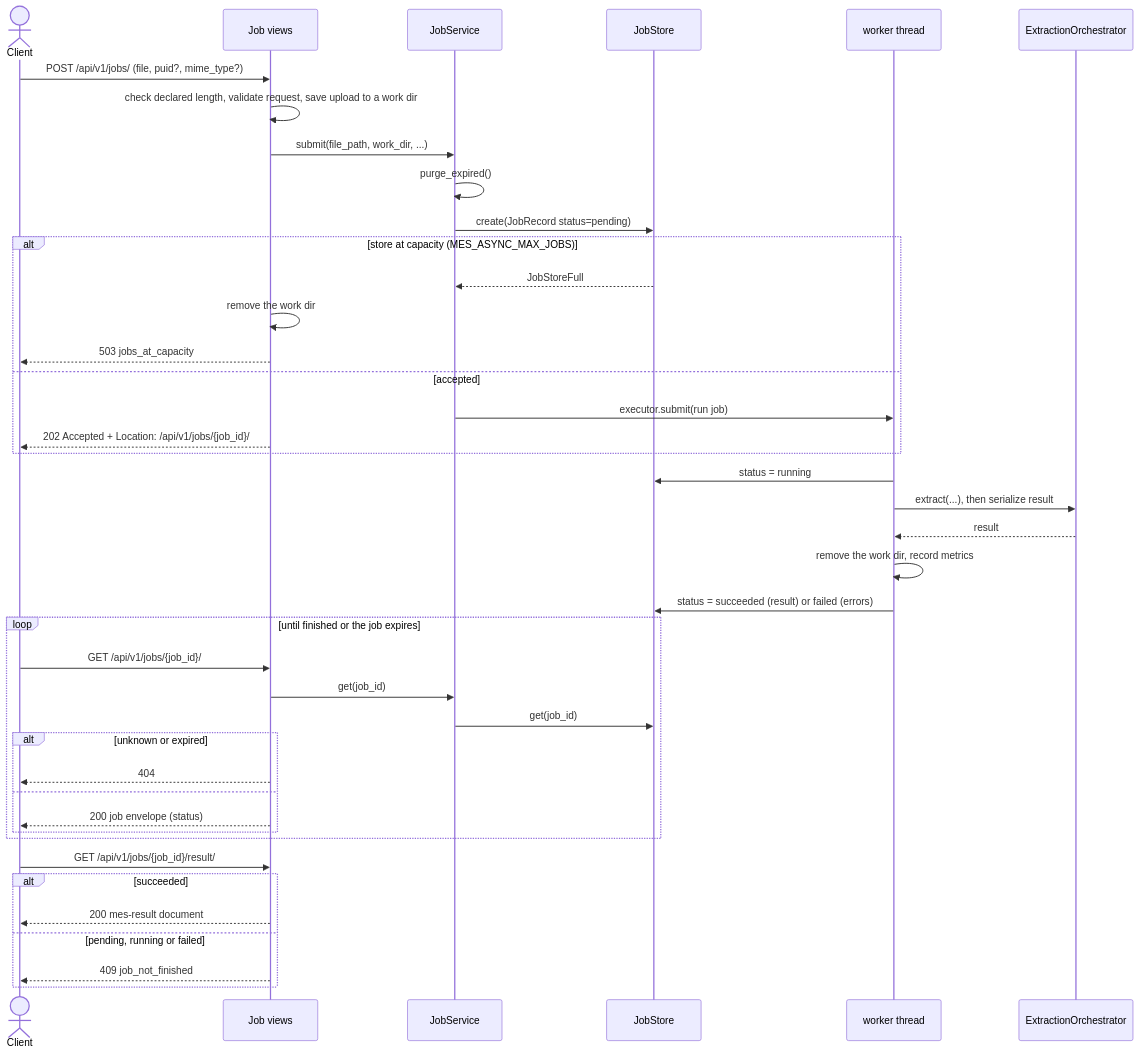
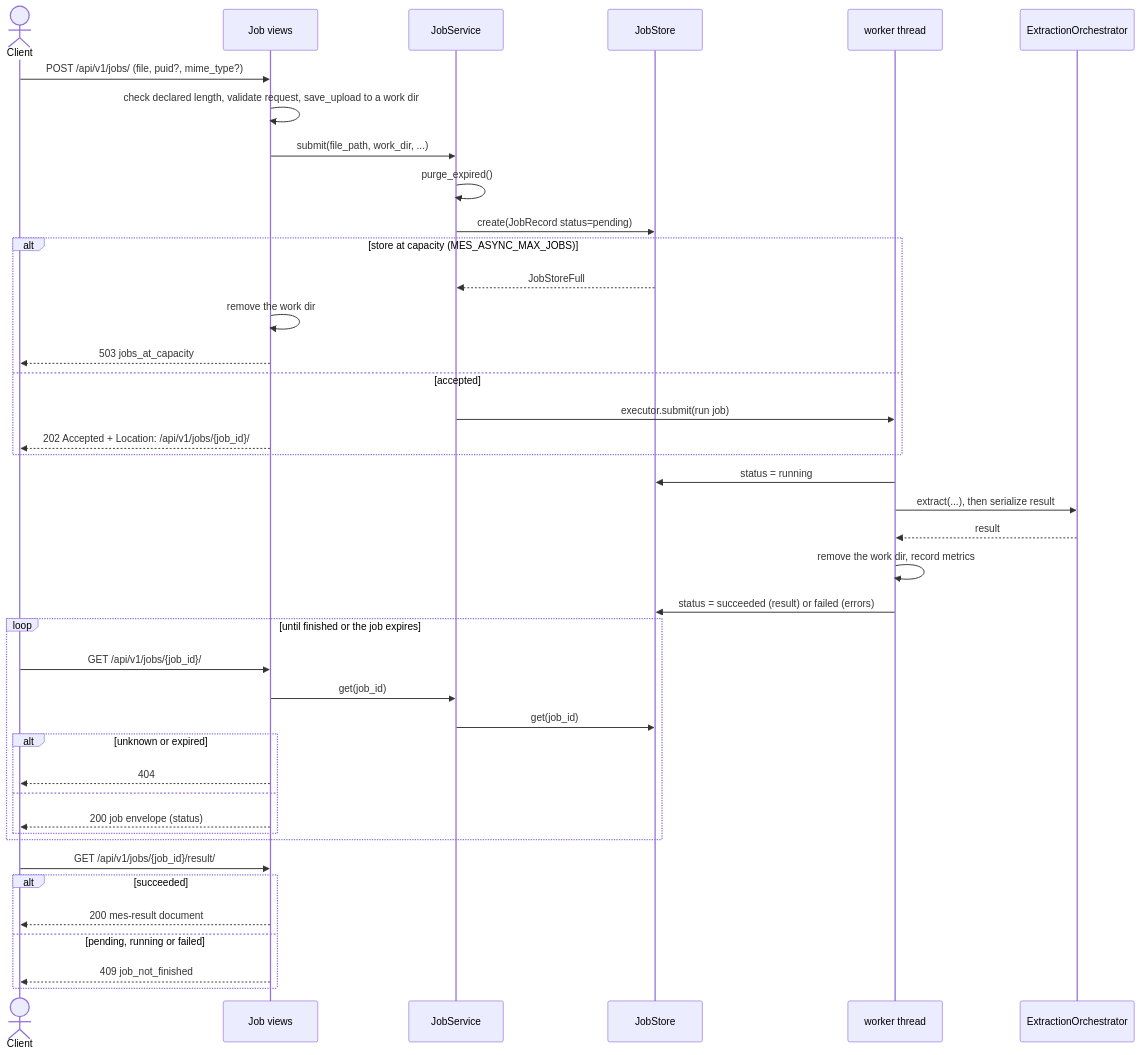
One commit to EOSC-EDEN/metadata-extraction-service changed the fourth of 6 diagrams in docs/diagrams.md. Above: the diagram before and after it, drawn with Mermaid. The commit also changed other lines of this file, not shown here.

Commit message:
Update uml diagrams with batch and async support

````diff
--- a/docs/diagrams.md
+++ b/docs/diagrams.md
@@ -175,47 +177,47 @@
 ```mermaid
 sequenceDiagram
     actor Client
     participant API as Job views
     participant Jobs as JobService
     participant Store as JobStore
     participant Worker as worker thread
     participant Orch as ExtractionOrchestrator
 
     Client->>API: POST /api/v1/jobs/ (file, puid?, mime_type?)
-    API->>API: check declared length, validate request, save upload to a work dir
+    API->>API: check declared length, validate request, save_upload to a work dir
     API->>Jobs: submit(file_path, work_dir, ...)
     Jobs->>Jobs: purge_expired()
     Jobs->>Store: create(JobRecord status=pending)
     alt store at capacity (MES_ASYNC_MAX_JOBS)
         Store-->>Jobs: JobStoreFull
         API->>API: remove the work dir
         API-->>Client: 503 jobs_at_capacity
     else accepted
         Jobs->>Worker: executor.submit(run job)
         API-->>Client: 202 Accepted + Location: /api/v1/jobs/{job_id}/
     end
 
     Worker->>Store: status = running
     Worker->>Orch: extract(...), then serialize result
     Orch-->>Worker: result
     Worker->>Worker: remove the work dir, record metrics
     Worker->>Store: status = succeeded (result) or failed (errors)
 
     loop until finished or the job expires
         Client->>API: GET /api/v1/jobs/{job_id}/
         API->>Jobs: get(job_id)
         Jobs->>Store: get(job_id)
         alt unknown or expired
             API-->>Client: 404
         else
             API-->>Client: 200 job envelope (status)
         end
     end
 
     Client->>API: GET /api/v1/jobs/{job_id}/result/
     alt succeeded
         API-->>Client: 200 mes-result document
     else pending, running or failed
         API-->>Client: 409 job_not_finished
     end
 ```
````
